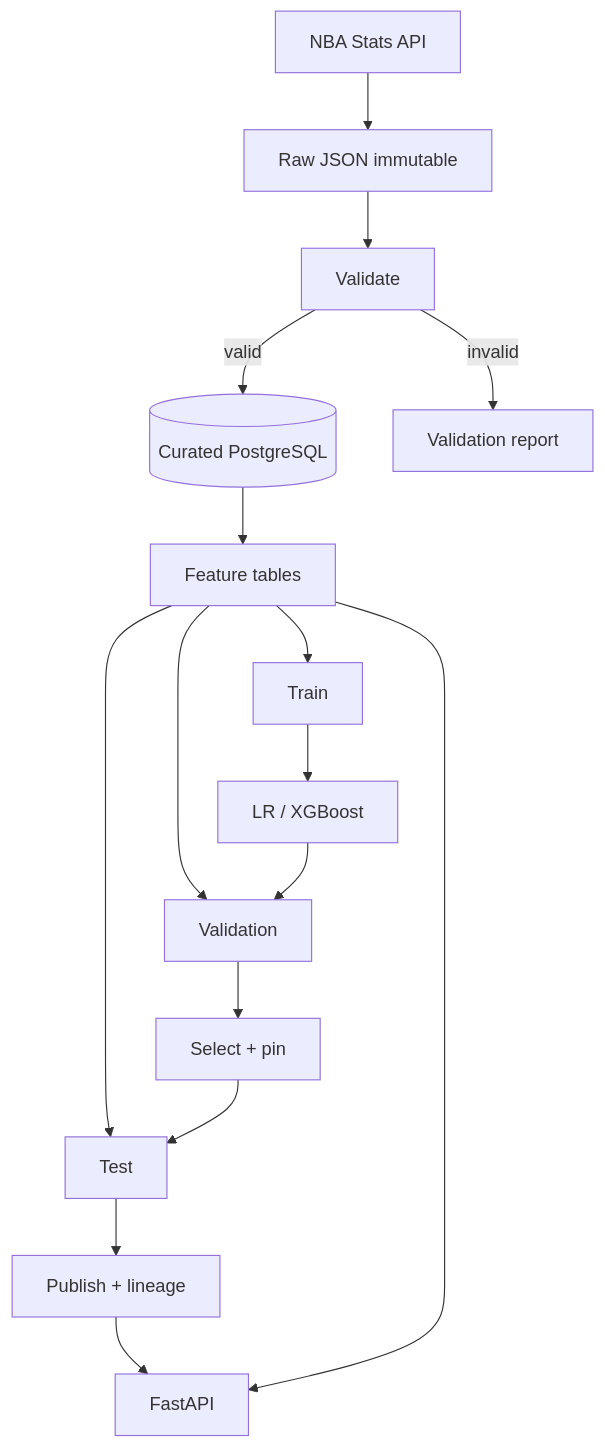
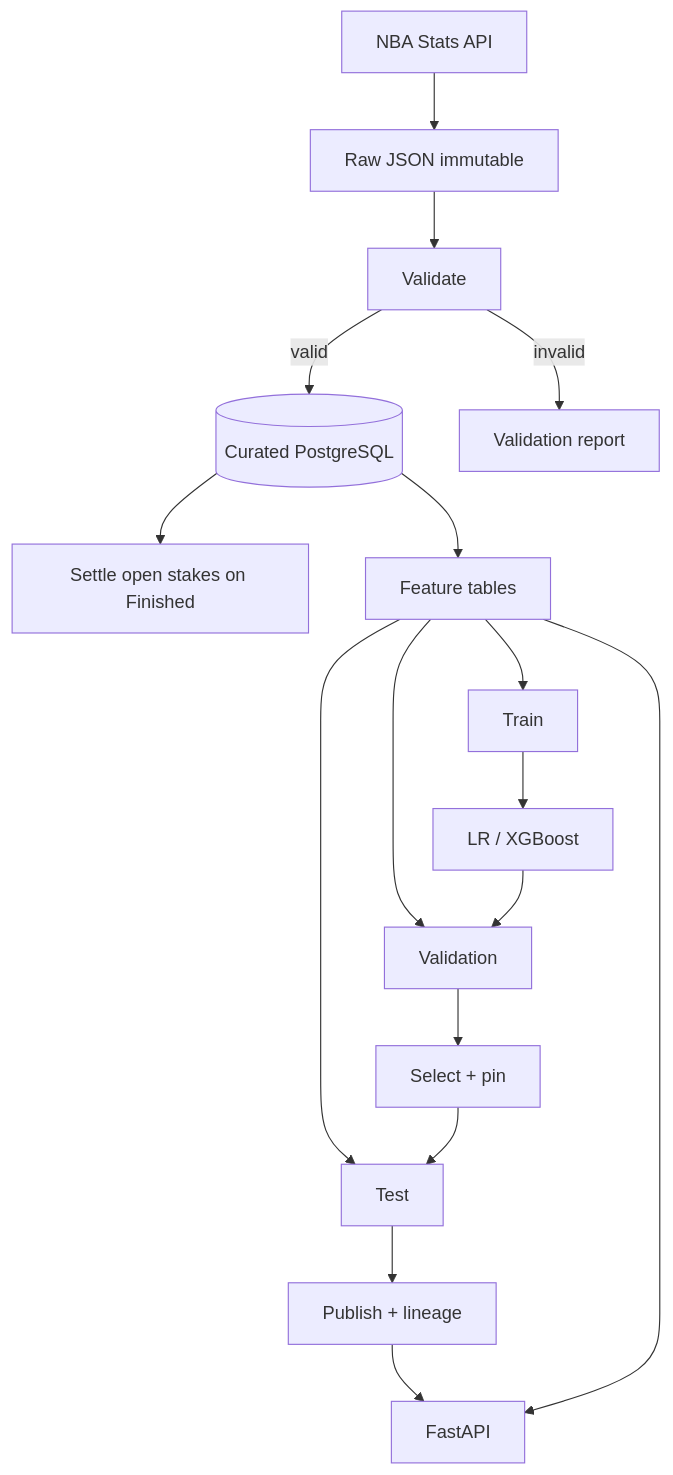
Before and after one commit to RoeeHadar/AthletIQ: the diagram in docs/04-architecture/diagrams/data-ml-pipeline.mmd, drawn with Mermaid. The commit also changed 84 other files, not shown here.

```diff
--- a/docs/04-architecture/diagrams/data-ml-pipeline.mmd
+++ b/docs/04-architecture/diagrams/data-ml-pipeline.mmd
@@ -1,16 +1,17 @@
 flowchart TD
   P[NBA Stats API] --> R[Raw JSON immutable]
   R --> V[Validate]
   V -->|valid| C[(Curated PostgreSQL)]
   V -->|invalid| VR[Validation report]
+  C --> Settle[Settle open stakes on Finished]
   C --> F[Feature tables]
   F --> T[Train]
   F --> Val[Validation]
   F --> Te[Test]
   T --> M[LR / XGBoost]
   M --> Val
   Val --> Sel[Select + pin]
   Sel --> Te
   Te --> Pub[Publish + lineage]
   Pub --> API[FastAPI]
   F --> API
```
